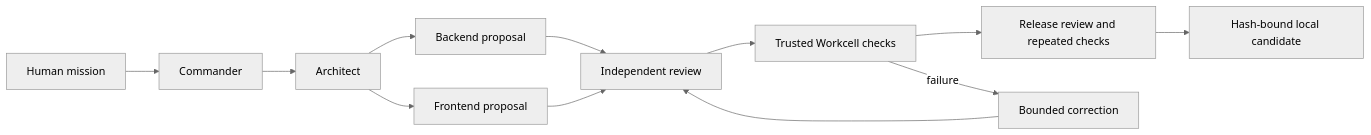
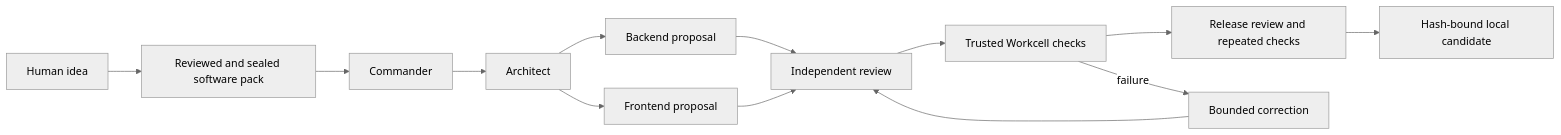
The diagram in docs/ARCHITECTURE.md (kujolang/software-factory), drawn with Mermaid (neutral theme) before and after one commit. The commit also changed other lines of this file and 23 other files, not shown here.

````diff
--- a/docs/ARCHITECTURE.md
+++ b/docs/ARCHITECTURE.md
@@ -3,14 +3,15 @@
 ```mermaid
 flowchart LR
-    M[Human mission] --> C[Commander]
+    M[Human idea] --> P[Reviewed and sealed software pack]
+    P --> C[Commander]
     C --> A[Architect]
     A --> B[Backend proposal]
     A --> F[Frontend proposal]
     B --> R[Independent review]
     F --> R
     R --> T[Trusted Workcell checks]
     T --> V[Release review and repeated checks]
     V --> O[Hash-bound local candidate]
     T -->|failure| X[Bounded correction]
     X --> R
 ```
````
